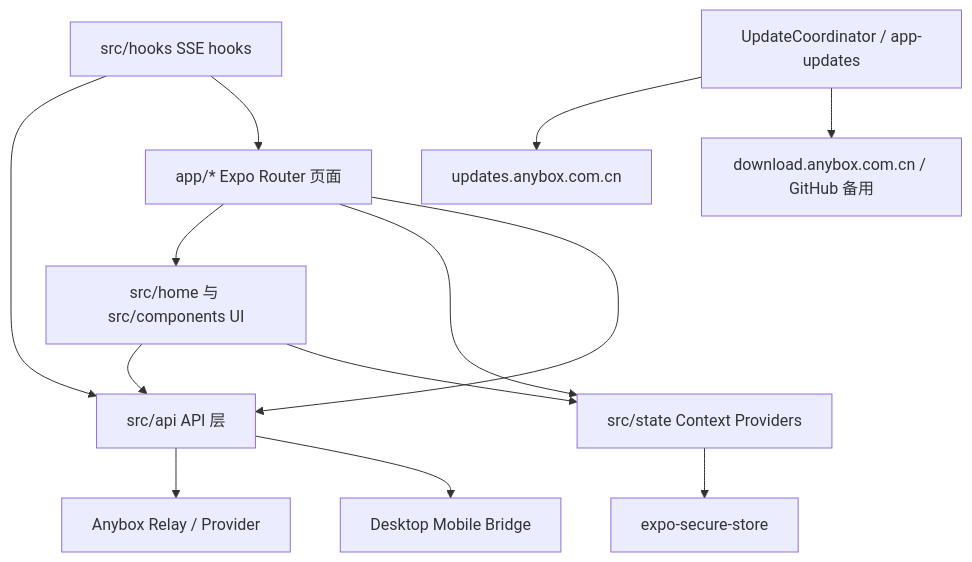
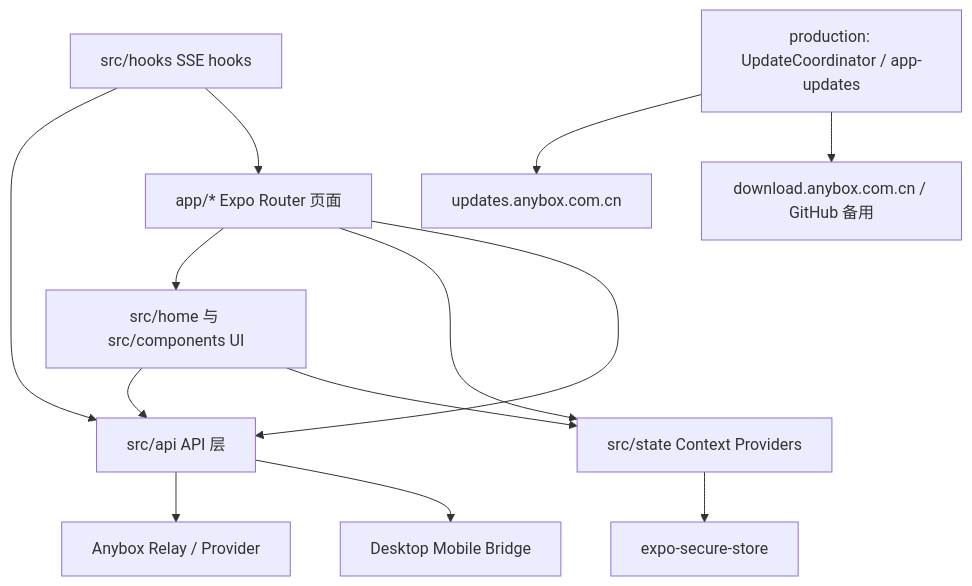
The second of 3 diagrams in packages/mobile-app/ARCHITECTURE.md (fanfan-de/anybox), drawn with Mermaid before and after one commit. The commit also changed other lines of this file and 113 other files, not shown here.

Commit message:
Refactor application architecture and simplify implementation

````diff
--- a/packages/mobile-app/ARCHITECTURE.md
+++ b/packages/mobile-app/ARCHITECTURE.md
@@ -34,15 +67,15 @@
 ```mermaid
 flowchart TD
   App["app/* Expo Router 页面"] --> UI["src/home 与 src/components UI"]
   App --> State["src/state Context Providers"]
   App --> Api["src/api API 层"]
   UI --> Api
   UI --> State
   State --> SecureStore["expo-secure-store"]
   Api --> Relay["Anybox Relay / Provider"]
   Api --> Bridge["Desktop Mobile Bridge"]
   Hooks["src/hooks SSE hooks"] --> Api
   Hooks --> App
-  Updates["UpdateCoordinator / app-updates"] --> UpdateServer["updates.anybox.com.cn"]
+  Updates["production: UpdateCoordinator / app-updates"] --> UpdateServer["updates.anybox.com.cn"]
   Updates --> CDN["download.anybox.com.cn / GitHub 备用"]
 ```
````
